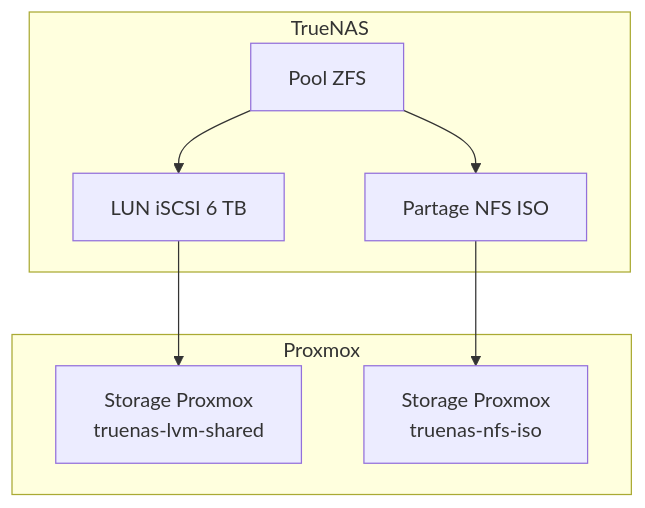
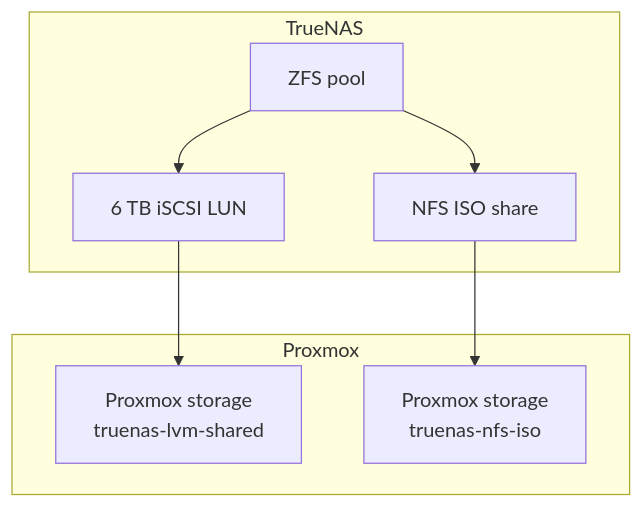
Before and after one commit to xbkh/showroom-hp-infrastructure: the third of 7 diagrams in README.md, drawn with Mermaid. The commit also changed other lines of this file, not shown here.

````diff
--- a/README.md
+++ b/README.md
@@ -178,16 +182,16 @@
 ```mermaid
 flowchart TB
     subgraph TrueNAS
-        Pool[Pool ZFS]
-        LUN[LUN iSCSI 6 TB]
-        Share[Partage NFS ISO]
+        Pool[ZFS pool]
+        LUN[6 TB iSCSI LUN]
+        Share[NFS ISO share]
     end
 
     subgraph Proxmox
-        LVM[Storage Proxmox<br/>truenas-lvm-shared]
-        ISO[Storage Proxmox<br/>truenas-nfs-iso]
+        LVM[Proxmox storage<br/>truenas-lvm-shared]
+        ISO[Proxmox storage<br/>truenas-nfs-iso]
     end
 
     Pool --> LUN --> LVM
     Pool --> Share --> ISO
 ```
````
